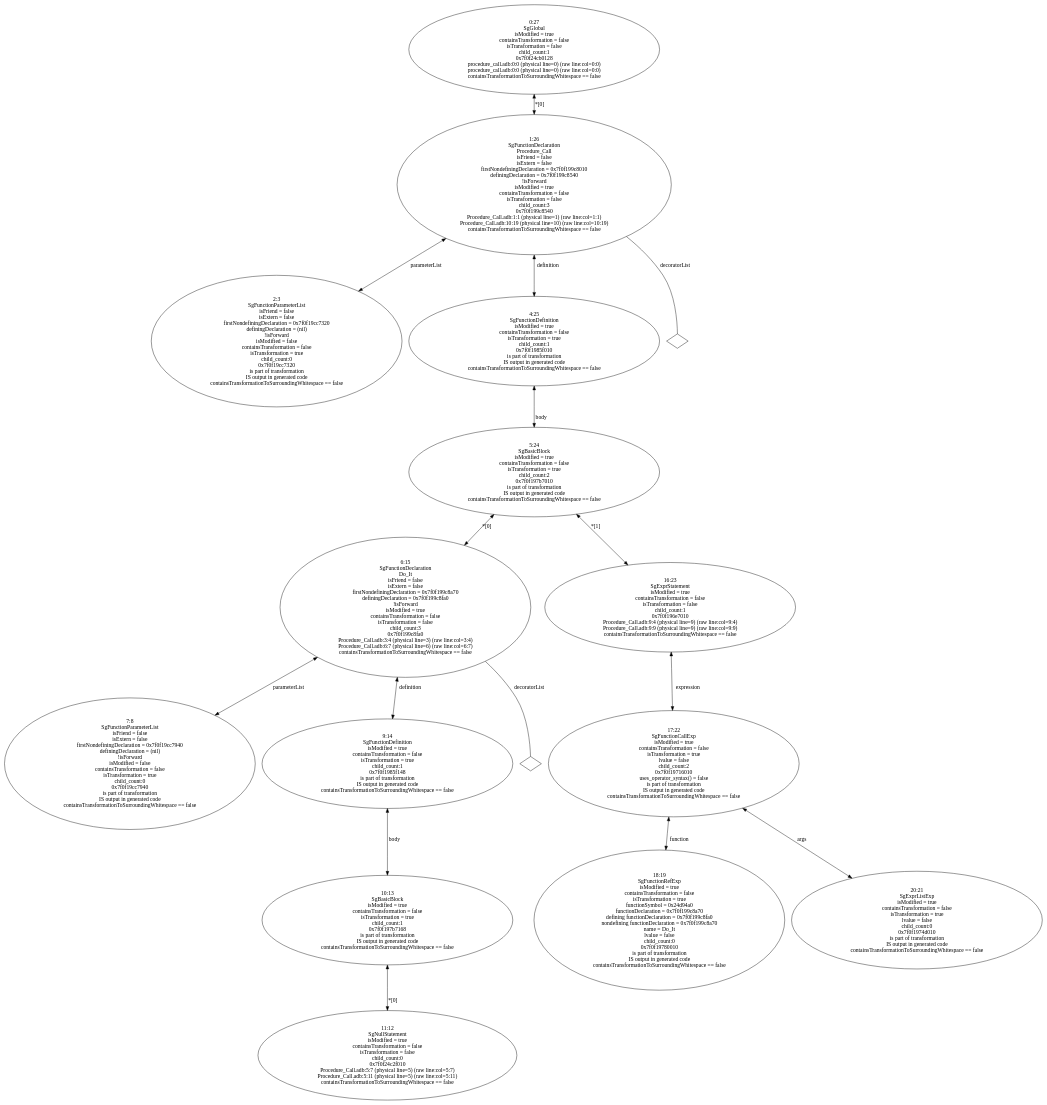
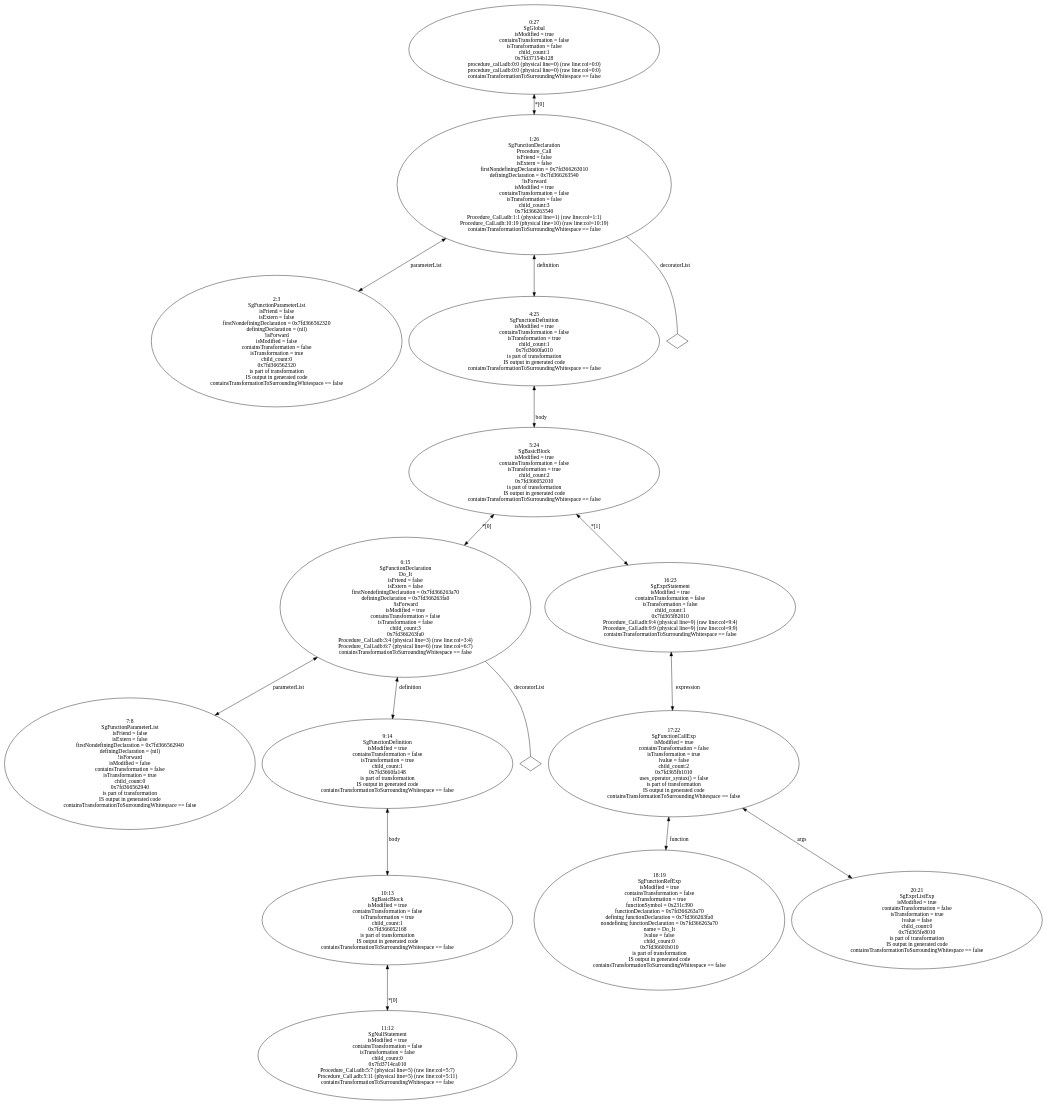
Before and after one commit to chunhualiao/rose-ast: the diagram in ada/procedure_call_rose.dot, drawn with Graphviz. The commit also changed 3 other files, not shown here.

Commit message:
nexted procedure call

```diff
--- a/ada/procedure_call_rose.dot
+++ b/ada/procedure_call_rose.dot
@@ -1,33 +1,33 @@
 digraph "G./procedure_call_rose.dot" {
-"0x7f0f19cc7320"[label="2:3\nSgFunctionParameterList\n isFriend = false \n isExtern = false \n firstNondefiningDeclaration = 0x7f0f19cc7320\n definingDeclaration = (nil)\n!isForward\nisModified = false\ncontainsTransformation = false\nisTransformation = true\nchild_count:0\n0x7f0f19cc7320\nis part of transformation\nIS output in generated code\ncontainsTransformationToSurroundingWhitespace == false\n" ];
-"0x7f0f19cc7940"[label="7:8\nSgFunctionParameterList\n isFriend = false \n isExtern = false \n firstNondefiningDeclaration = 0x7f0f19cc7940\n definingDeclaration = (nil)\n!isForward\nisModified = false\ncontainsTransformation = false\nisTransformation = true\nchild_count:0\n0x7f0f19cc7940\nis part of transformation\nIS output in generated code\ncontainsTransformationToSurroundingWhitespace == false\n" ];
-"0x7f0f24c2f010"[label="11:12\nSgNullStatement\nisModified = true\ncontainsTransformation = false\nisTransformation = false\nchild_count:0\n0x7f0f24c2f010\nProcedure_Call.adb:5:7 (physical line=5) (raw line:col=5:7)\nProcedure_Call.adb:5:11 (physical line=5) (raw line:col=5:11)\ncontainsTransformationToSurroundingWhitespace == false\n" ];
-"0x7f0f197b7168"[label="10:13\nSgBasicBlock\nisModified = true\ncontainsTransformation = false\nisTransformation = true\nchild_count:1\n0x7f0f197b7168\nis part of transformation\nIS output in generated code\ncontainsTransformationToSurroundingWhitespace == false\n" ];
-"0x7f0f197b7168" -> "0x7f0f24c2f010"[label="*[0]" dir=both ];
-"0x7f0f1985f148"[label="9:14\nSgFunctionDefinition\nisModified = true\ncontainsTransformation = false\nisTransformation = true\nchild_count:1\n0x7f0f1985f148\nis part of transformation\nIS output in generated code\ncontainsTransformationToSurroundingWhitespace == false\n" ];
-"0x7f0f1985f148" -> "0x7f0f197b7168"[label="body" dir=both ];
-"0x7f0f199c8fa0"[label="6:15\nSgFunctionDeclaration\nDo_It\n isFriend = false \n isExtern = false \n firstNondefiningDeclaration = 0x7f0f199c8a70\n definingDeclaration = 0x7f0f199c8fa0\n!isForward\nisModified = true\ncontainsTransformation = false\nisTransformation = false\nchild_count:3\n0x7f0f199c8fa0\nProcedure_Call.adb:3:4 (physical line=3) (raw line:col=3:4)\nProcedure_Call.adb:6:7 (physical line=6) (raw line:col=6:7)\ncontainsTransformationToSurroundingWhitespace == false\n" ];
-"0x7f0f199c8fa0" -> "0x7f0f19cc7940"[label="parameterList" dir=both ];
-"0x7f0f199c8fa0" -> "0x7f0f199c8fa0__decoratorList__null"[label="decoratorList" dir=none ];
-"0x7f0f199c8fa0__decoratorList__null"[label="" shape=diamond ];
-"0x7f0f199c8fa0" -> "0x7f0f1985f148"[label="definition" dir=both ];
-"0x7f0f19780010"[label="18:19\nSgFunctionRefExp\nisModified = true\ncontainsTransformation = false\nisTransformation = true\n functionSymbol = 0x24d94a0\n functionDeclaration = 0x7f0f199c8a70\n defining functionDeclaration = 0x7f0f199c8fa0\n nondefining functionDeclaration = 0x7f0f199c8a70\n name = Do_It\n lvalue = false\nchild_count:0\n0x7f0f19780010\nis part of transformation\nIS output in generated code\ncontainsTransformationToSurroundingWhitespace == false\n" ];
-"0x7f0f1974d010"[label="20:21\nSgExprListExp\nisModified = true\ncontainsTransformation = false\nisTransformation = true\n lvalue = false\nchild_count:0\n0x7f0f1974d010\nis part of transformation\nIS output in generated code\ncontainsTransformationToSurroundingWhitespace == false\n" ];
-"0x7f0f19716010"[label="17:22\nSgFunctionCallExp\nisModified = true\ncontainsTransformation = false\nisTransformation = true\n lvalue = false\nchild_count:2\n0x7f0f19716010\nuses_operator_syntax() = false\nis part of transformation\nIS output in generated code\ncontainsTransformationToSurroundingWhitespace == false\n" ];
-"0x7f0f19716010" -> "0x7f0f19780010"[label="function" dir=both ];
-"0x7f0f19716010" -> "0x7f0f1974d010"[label="args" dir=both ];
-"0x7f0f196e7010"[label="16:23\nSgExprStatement\nisModified = true\ncontainsTransformation = false\nisTransformation = false\nchild_count:1\n0x7f0f196e7010\nProcedure_Call.adb:9:4 (physical line=9) (raw line:col=9:4)\nProcedure_Call.adb:9:9 (physical line=9) (raw line:col=9:9)\ncontainsTransformationToSurroundingWhitespace == false\n" ];
-"0x7f0f196e7010" -> "0x7f0f19716010"[label="expression" dir=both ];
-"0x7f0f197b7010"[label="5:24\nSgBasicBlock\nisModified = true\ncontainsTransformation = false\nisTransformation = true\nchild_count:2\n0x7f0f197b7010\nis part of transformation\nIS output in generated code\ncontainsTransformationToSurroundingWhitespace == false\n" ];
-"0x7f0f197b7010" -> "0x7f0f199c8fa0"[label="*[0]" dir=both ];
-"0x7f0f197b7010" -> "0x7f0f196e7010"[label="*[1]" dir=both ];
-"0x7f0f1985f010"[label="4:25\nSgFunctionDefinition\nisModified = true\ncontainsTransformation = false\nisTransformation = true\nchild_count:1\n0x7f0f1985f010\nis part of transformation\nIS output in generated code\ncontainsTransformationToSurroundingWhitespace == false\n" ];
-"0x7f0f1985f010" -> "0x7f0f197b7010"[label="body" dir=both ];
-"0x7f0f199c8540"[label="1:26\nSgFunctionDeclaration\nProcedure_Call\n isFriend = false \n isExtern = false \n firstNondefiningDeclaration = 0x7f0f199c8010\n definingDeclaration = 0x7f0f199c8540\n!isForward\nisModified = true\ncontainsTransformation = false\nisTransformation = false\nchild_count:3\n0x7f0f199c8540\nProcedure_Call.adb:1:1 (physical line=1) (raw line:col=1:1)\nProcedure_Call.adb:10:19 (physical line=10) (raw line:col=10:19)\ncontainsTransformationToSurroundingWhitespace == false\n" ];
-"0x7f0f199c8540" -> "0x7f0f19cc7320"[label="parameterList" dir=both ];
-"0x7f0f199c8540" -> "0x7f0f199c8540__decoratorList__null"[label="decoratorList" dir=none ];
-"0x7f0f199c8540__decoratorList__null"[label="" shape=diamond ];
-"0x7f0f199c8540" -> "0x7f0f1985f010"[label="definition" dir=both ];
-"0x7f0f24cb0128"[label="0:27\nSgGlobal\nisModified = true\ncontainsTransformation = false\nisTransformation = false\nchild_count:1\n0x7f0f24cb0128\nprocedure_call.adb:0:0 (physical line=0) (raw line:col=0:0)\nprocedure_call.adb:0:0 (physical line=0) (raw line:col=0:0)\ncontainsTransformationToSurroundingWhitespace == false\n" ];
-"0x7f0f24cb0128" -> "0x7f0f199c8540"[label="*[0]" dir=both ];
+"0x7fd366562320"[label="2:3\nSgFunctionParameterList\n isFriend = false \n isExtern = false \n firstNondefiningDeclaration = 0x7fd366562320\n definingDeclaration = (nil)\n!isForward\nisModified = false\ncontainsTransformation = false\nisTransformation = true\nchild_count:0\n0x7fd366562320\nis part of transformation\nIS output in generated code\ncontainsTransformationToSurroundingWhitespace == false\n" ];
+"0x7fd366562940"[label="7:8\nSgFunctionParameterList\n isFriend = false \n isExtern = false \n firstNondefiningDeclaration = 0x7fd366562940\n definingDeclaration = (nil)\n!isForward\nisModified = false\ncontainsTransformation = false\nisTransformation = true\nchild_count:0\n0x7fd366562940\nis part of transformation\nIS output in generated code\ncontainsTransformationToSurroundingWhitespace == false\n" ];
+"0x7fd3714ca010"[label="11:12\nSgNullStatement\nisModified = true\ncontainsTransformation = false\nisTransformation = false\nchild_count:0\n0x7fd3714ca010\nProcedure_Call.adb:5:7 (physical line=5) (raw line:col=5:7)\nProcedure_Call.adb:5:11 (physical line=5) (raw line:col=5:11)\ncontainsTransformationToSurroundingWhitespace == false\n" ];
+"0x7fd366052168"[label="10:13\nSgBasicBlock\nisModified = true\ncontainsTransformation = false\nisTransformation = true\nchild_count:1\n0x7fd366052168\nis part of transformation\nIS output in generated code\ncontainsTransformationToSurroundingWhitespace == false\n" ];
+"0x7fd366052168" -> "0x7fd3714ca010"[label="*[0]" dir=both ];
+"0x7fd3660fa148"[label="9:14\nSgFunctionDefinition\nisModified = true\ncontainsTransformation = false\nisTransformation = true\nchild_count:1\n0x7fd3660fa148\nis part of transformation\nIS output in generated code\ncontainsTransformationToSurroundingWhitespace == false\n" ];
+"0x7fd3660fa148" -> "0x7fd366052168"[label="body" dir=both ];
+"0x7fd366263fa0"[label="6:15\nSgFunctionDeclaration\nDo_It\n isFriend = false \n isExtern = false \n firstNondefiningDeclaration = 0x7fd366263a70\n definingDeclaration = 0x7fd366263fa0\n!isForward\nisModified = true\ncontainsTransformation = false\nisTransformation = false\nchild_count:3\n0x7fd366263fa0\nProcedure_Call.adb:3:4 (physical line=3) (raw line:col=3:4)\nProcedure_Call.adb:6:7 (physical line=6) (raw line:col=6:7)\ncontainsTransformationToSurroundingWhitespace == false\n" ];
+"0x7fd366263fa0" -> "0x7fd366562940"[label="parameterList" dir=both ];
+"0x7fd366263fa0" -> "0x7fd366263fa0__decoratorList__null"[label="decoratorList" dir=none ];
+"0x7fd366263fa0__decoratorList__null"[label="" shape=diamond ];
+"0x7fd366263fa0" -> "0x7fd3660fa148"[label="definition" dir=both ];
+"0x7fd36601b010"[label="18:19\nSgFunctionRefExp\nisModified = true\ncontainsTransformation = false\nisTransformation = true\n functionSymbol = 0x231c390\n functionDeclaration = 0x7fd366263a70\n defining functionDeclaration = 0x7fd366263fa0\n nondefining functionDeclaration = 0x7fd366263a70\n name = Do_It\n lvalue = false\nchild_count:0\n0x7fd36601b010\nis part of transformation\nIS output in generated code\ncontainsTransformationToSurroundingWhitespace == false\n" ];
+"0x7fd365fe8010"[label="20:21\nSgExprListExp\nisModified = true\ncontainsTransformation = false\nisTransformation = true\n lvalue = false\nchild_count:0\n0x7fd365fe8010\nis part of transformation\nIS output in generated code\ncontainsTransformationToSurroundingWhitespace == false\n" ];
+"0x7fd365fb1010"[label="17:22\nSgFunctionCallExp\nisModified = true\ncontainsTransformation = false\nisTransformation = true\n lvalue = false\nchild_count:2\n0x7fd365fb1010\nuses_operator_syntax() = false\nis part of transformation\nIS output in generated code\ncontainsTransformationToSurroundingWhitespace == false\n" ];
+"0x7fd365fb1010" -> "0x7fd36601b010"[label="function" dir=both ];
+"0x7fd365fb1010" -> "0x7fd365fe8010"[label="args" dir=both ];
+"0x7fd365f82010"[label="16:23\nSgExprStatement\nisModified = true\ncontainsTransformation = false\nisTransformation = false\nchild_count:1\n0x7fd365f82010\nProcedure_Call.adb:9:4 (physical line=9) (raw line:col=9:4)\nProcedure_Call.adb:9:9 (physical line=9) (raw line:col=9:9)\ncontainsTransformationToSurroundingWhitespace == false\n" ];
+"0x7fd365f82010" -> "0x7fd365fb1010"[label="expression" dir=both ];
+"0x7fd366052010"[label="5:24\nSgBasicBlock\nisModified = true\ncontainsTransformation = false\nisTransformation = true\nchild_count:2\n0x7fd366052010\nis part of transformation\nIS output in generated code\ncontainsTransformationToSurroundingWhitespace == false\n" ];
+"0x7fd366052010" -> "0x7fd366263fa0"[label="*[0]" dir=both ];
+"0x7fd366052010" -> "0x7fd365f82010"[label="*[1]" dir=both ];
+"0x7fd3660fa010"[label="4:25\nSgFunctionDefinition\nisModified = true\ncontainsTransformation = false\nisTransformation = true\nchild_count:1\n0x7fd3660fa010\nis part of transformation\nIS output in generated code\ncontainsTransformationToSurroundingWhitespace == false\n" ];
+"0x7fd3660fa010" -> "0x7fd366052010"[label="body" dir=both ];
+"0x7fd366263540"[label="1:26\nSgFunctionDeclaration\nProcedure_Call\n isFriend = false \n isExtern = false \n firstNondefiningDeclaration = 0x7fd366263010\n definingDeclaration = 0x7fd366263540\n!isForward\nisModified = true\ncontainsTransformation = false\nisTransformation = false\nchild_count:3\n0x7fd366263540\nProcedure_Call.adb:1:1 (physical line=1) (raw line:col=1:1)\nProcedure_Call.adb:10:19 (physical line=10) (raw line:col=10:19)\ncontainsTransformationToSurroundingWhitespace == false\n" ];
+"0x7fd366263540" -> "0x7fd366562320"[label="parameterList" dir=both ];
+"0x7fd366263540" -> "0x7fd366263540__decoratorList__null"[label="decoratorList" dir=none ];
+"0x7fd366263540__decoratorList__null"[label="" shape=diamond ];
+"0x7fd366263540" -> "0x7fd3660fa010"[label="definition" dir=both ];
+"0x7fd37154b128"[label="0:27\nSgGlobal\nisModified = true\ncontainsTransformation = false\nisTransformation = false\nchild_count:1\n0x7fd37154b128\nprocedure_call.adb:0:0 (physical line=0) (raw line:col=0:0)\nprocedure_call.adb:0:0 (physical line=0) (raw line:col=0:0)\ncontainsTransformationToSurroundingWhitespace == false\n" ];
+"0x7fd37154b128" -> "0x7fd366263540"[label="*[0]" dir=both ];
 }
```
